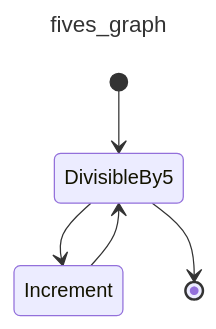
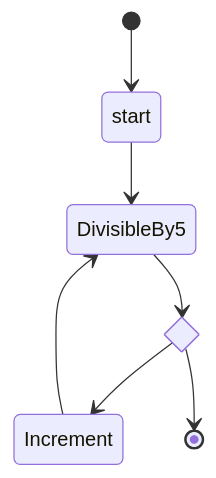
One commit to HIDORAKAI002/ai-workspace-archive changed the first of 3 diagrams in ai_agent_frameworks/specialized_agent_frameworks/pydantic-ai/docs/graph.md. Above: the diagram before and after it, drawn with Mermaid. The commit also changed other lines of this file and 2257 other files, not shown here.

````diff
--- a/ai_agent_frameworks/specialized_agent_frameworks/pydantic-ai/docs/graph.md
+++ b/ai_agent_frameworks/specialized_agent_frameworks/pydantic-ai/docs/graph.md
@@ -176,10 +192,14 @@
 ```mermaid
----
-title: fives_graph
----
 stateDiagram-v2
-  [*] --> DivisibleBy5
-  DivisibleBy5 --> Increment
-  DivisibleBy5 --> [*]
+  start
+  DivisibleBy5
+  state decision <<choice>>
+  Increment
+
+  [*] --> start
+  start --> DivisibleBy5
+  DivisibleBy5 --> decision
+  decision --> Increment
+  decision --> [*]
   Increment --> DivisibleBy5
 ```
````
